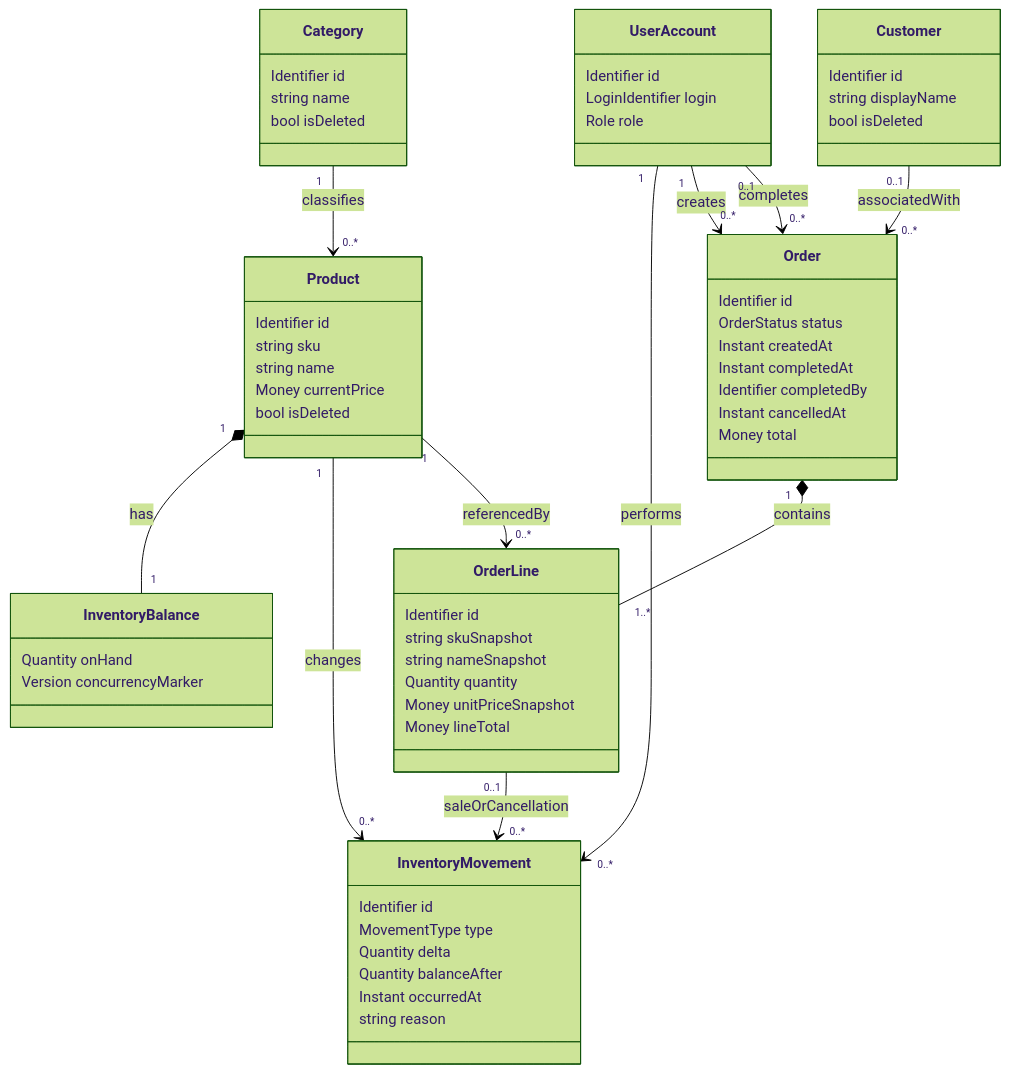
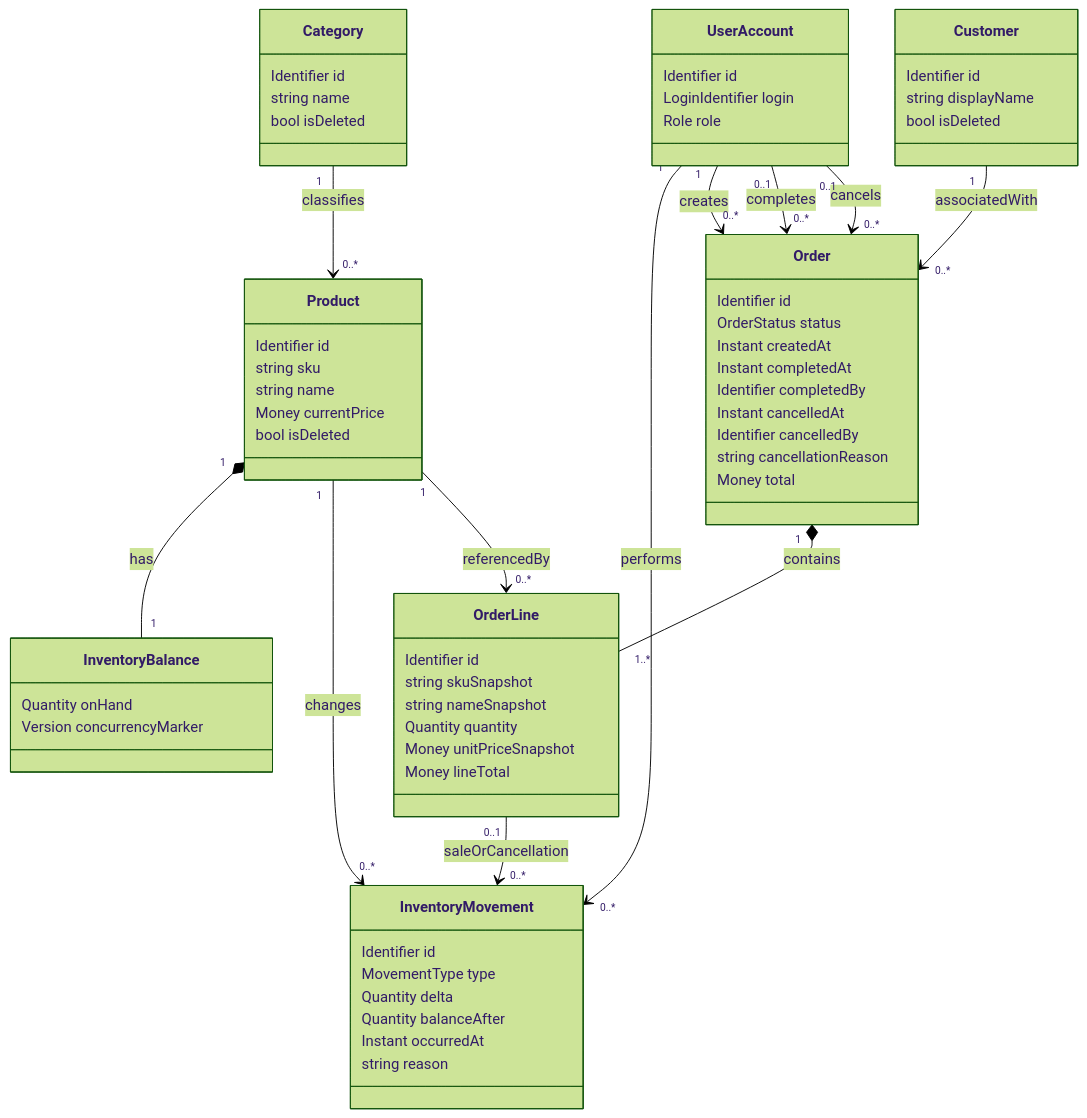
One commit to pvanh02/Order-Inventory-Management changed the fourth of 14 diagrams in docs/system-design.md. Above: the diagram before and after it, drawn with Mermaid (forest theme). The commit also changed other lines of this file and 1 other file, not shown here.

Commit message:
docs(orders): document cancellation and lifecycle guarantees

````diff
--- a/docs/system-design.md
+++ b/docs/system-design.md
@@ -710,64 +710,67 @@
 ```mermaid
 classDiagram
     class UserAccount {
         Identifier id
         LoginIdentifier login
         Role role
     }
     class Category {
         Identifier id
         string name
         bool isDeleted
     }
     class Product {
         Identifier id
         string sku
         string name
         Money currentPrice
         bool isDeleted
     }
     class InventoryBalance {
         Quantity onHand
         Version concurrencyMarker
     }
     class InventoryMovement {
         Identifier id
         MovementType type
         Quantity delta
         Quantity balanceAfter
         Instant occurredAt
         string reason
     }
     class Customer {
         Identifier id
         string displayName
         bool isDeleted
     }
     class Order {
         Identifier id
         OrderStatus status
         Instant createdAt
         Instant completedAt
         Identifier completedBy
         Instant cancelledAt
+        Identifier cancelledBy
+        string cancellationReason
         Money total
     }
     class OrderLine {
         Identifier id
         string skuSnapshot
         string nameSnapshot
         Quantity quantity
         Money unitPriceSnapshot
         Money lineTotal
     }
     Category "1" --> "0..*" Product : classifies
     Product "1" *-- "1" InventoryBalance : has
     Product "1" --> "0..*" InventoryMovement : changes
     UserAccount "1" --> "0..*" InventoryMovement : performs
     UserAccount "1" --> "0..*" Order : creates
     UserAccount "0..1" --> "0..*" Order : completes
-    Customer "0..1" --> "0..*" Order : associatedWith
+    UserAccount "0..1" --> "0..*" Order : cancels
+    Customer "1" --> "0..*" Order : associatedWith
     Order "1" *-- "1..*" OrderLine : contains
     Product "1" --> "0..*" OrderLine : referencedBy
     OrderLine "0..1" --> "0..*" InventoryMovement : saleOrCancellation
 ```
````
